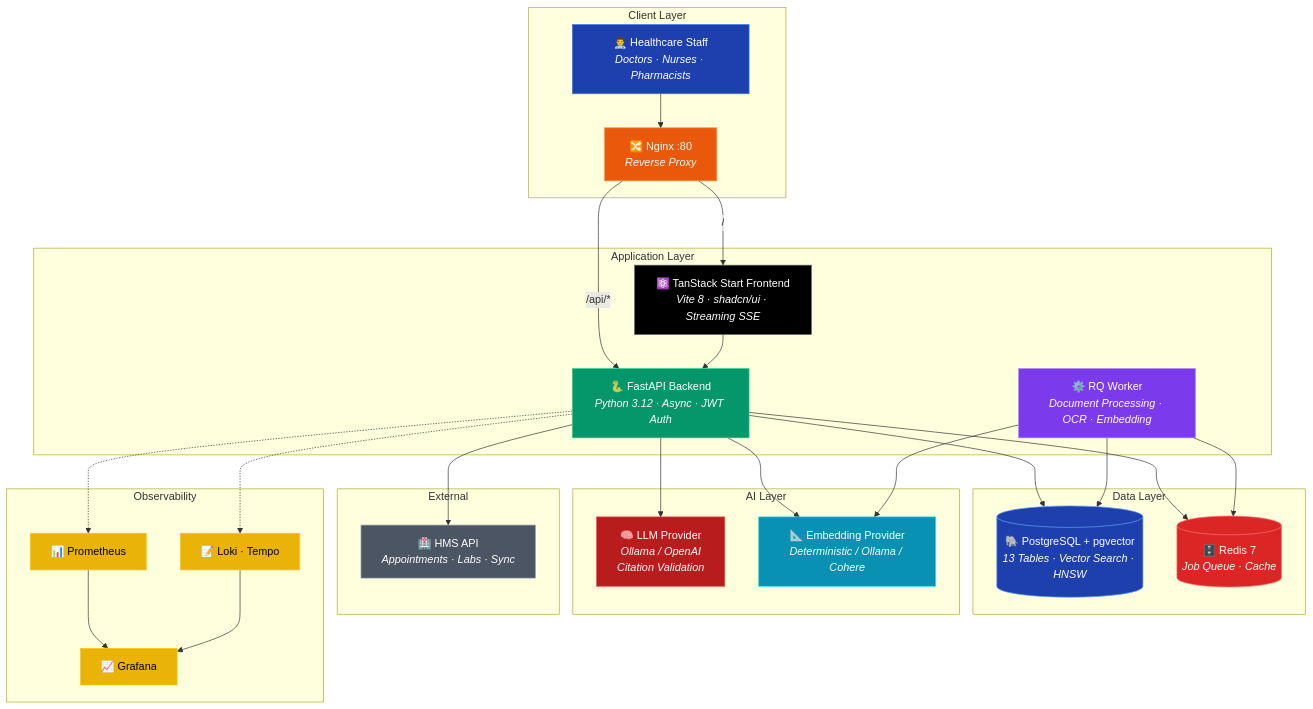
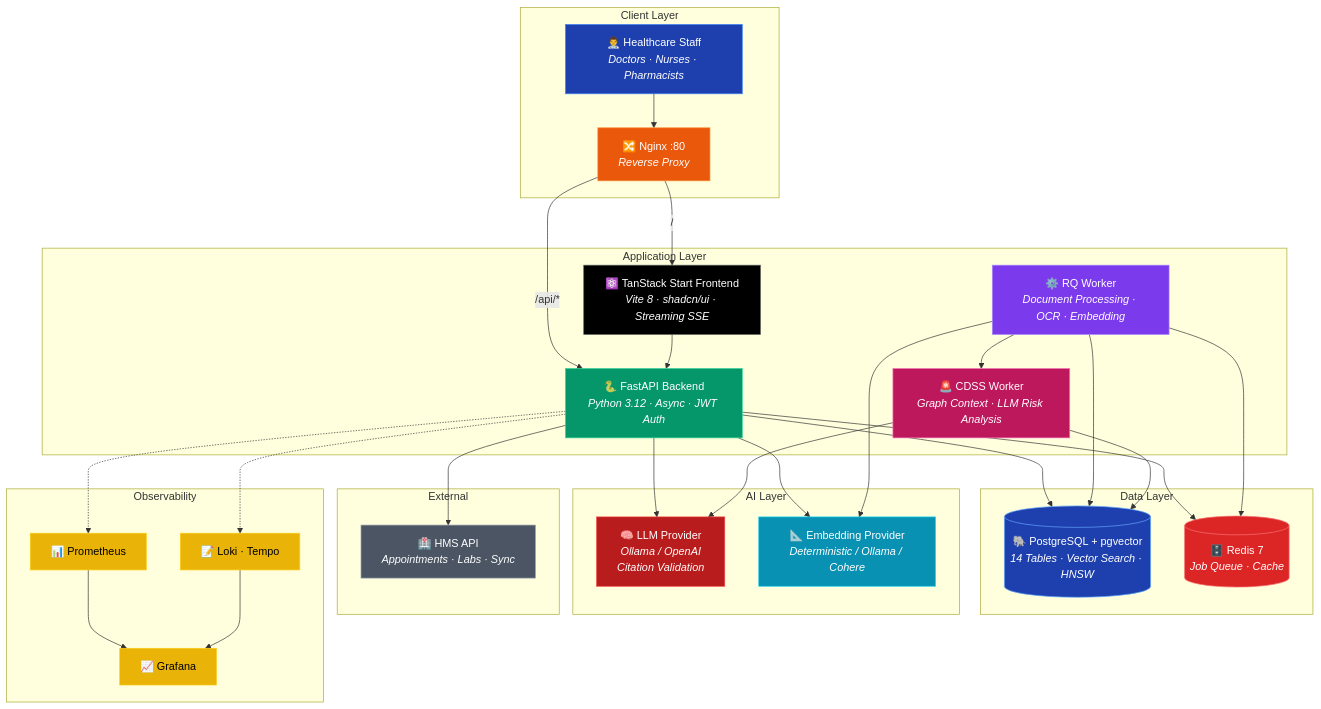
Before and after one commit to qwan30/chat-hospital-system: the first of 8 diagrams in README.md, drawn with Mermaid. The commit also changed other lines of this file and 11 other files, not shown here.

````diff
--- a/README.md
+++ b/README.md
@@ -59,61 +60,66 @@
 ```mermaid
 graph TB
     subgraph "Client Layer"
         U[👨‍⚕️ Healthcare Staff<br/><i>Doctors · Nurses · Pharmacists</i>]
         N[🔀 Nginx :80<br/><i>Reverse Proxy</i>]
     end
 
     subgraph "Application Layer"
         FE[⚛️ TanStack Start Frontend<br/><i>Vite 8 · shadcn/ui · Streaming SSE</i>]
         BE[🐍 FastAPI Backend<br/><i>Python 3.12 · Async · JWT Auth</i>]
         W[⚙️ RQ Worker<br/><i>Document Processing · OCR · Embedding</i>]
+        CD[🚨 CDSS Worker<br/><i>Graph Context · LLM Risk Analysis</i>]
     end
 
     subgraph "Data Layer"
-        PG[("🐘 PostgreSQL + pgvector<br/><i>13 Tables · Vector Search · HNSW</i>")]
+        PG[("🐘 PostgreSQL + pgvector<br/><i>14 Tables · Vector Search · HNSW</i>")]
         RD[("🗄️ Redis 7<br/><i>Job Queue · Cache</i>")]
     end
 
     subgraph "AI Layer"
         LLM[🧠 LLM Provider<br/><i>Ollama / OpenAI<br/>Citation Validation</i>]
         EMB[📐 Embedding Provider<br/><i>Deterministic / Ollama / Cohere</i>]
     end
 
     subgraph "External"
         HMS[🏥 HMS API<br/><i>Appointments · Labs · Sync</i>]
     end
 
     subgraph "Observability"
         PR[📊 Prometheus] --> GF[📈 Grafana]
         LK[📝 Loki · Tempo] --> GF
     end
 
     U --> N
     N -->|"/api/*"| BE
     N -->|"/"| FE
     FE --> BE
     BE --> PG
     BE --> RD
     BE --> LLM
     BE --> EMB
     BE --> HMS
     W --> PG
     W --> RD
     W --> EMB
+    W --> CD
+    CD --> PG
+    CD --> LLM
     BE -.-> PR
     BE -.-> LK
 
     style U fill:#1e40af,stroke:#3b82f6,color:#fff
     style N fill:#ea580c,stroke:#fb923c,color:#fff
     style FE fill:#000,stroke:#666,color:#fff
     style BE fill:#059669,stroke:#34d399,color:#fff
     style W fill:#7c3aed,stroke:#a78bfa,color:#fff
     style PG fill:#1e40af,stroke:#60a5fa,color:#fff
     style RD fill:#dc2626,stroke:#f87171,color:#fff
     style LLM fill:#b91c1c,stroke:#ef4444,color:#fff
     style EMB fill:#0891b2,stroke:#22d3ee,color:#fff
+    style CD fill:#be185d,stroke:#f472b6,color:#fff
     style HMS fill:#4b5563,stroke:#9ca3af,color:#fff
     style PR fill:#eab308,stroke:#facc15,color:#000
     style GF fill:#eab308,stroke:#facc15,color:#000
     style LK fill:#eab308,stroke:#facc15,color:#000
 ```
````
